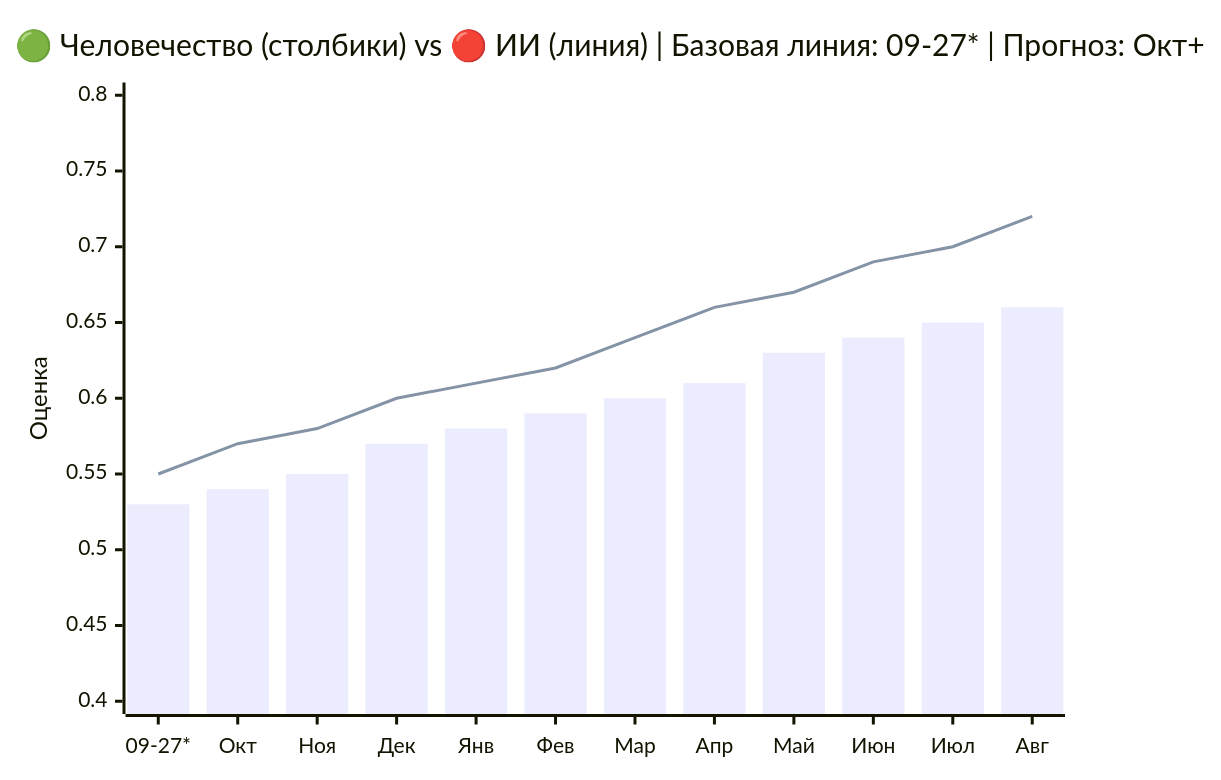
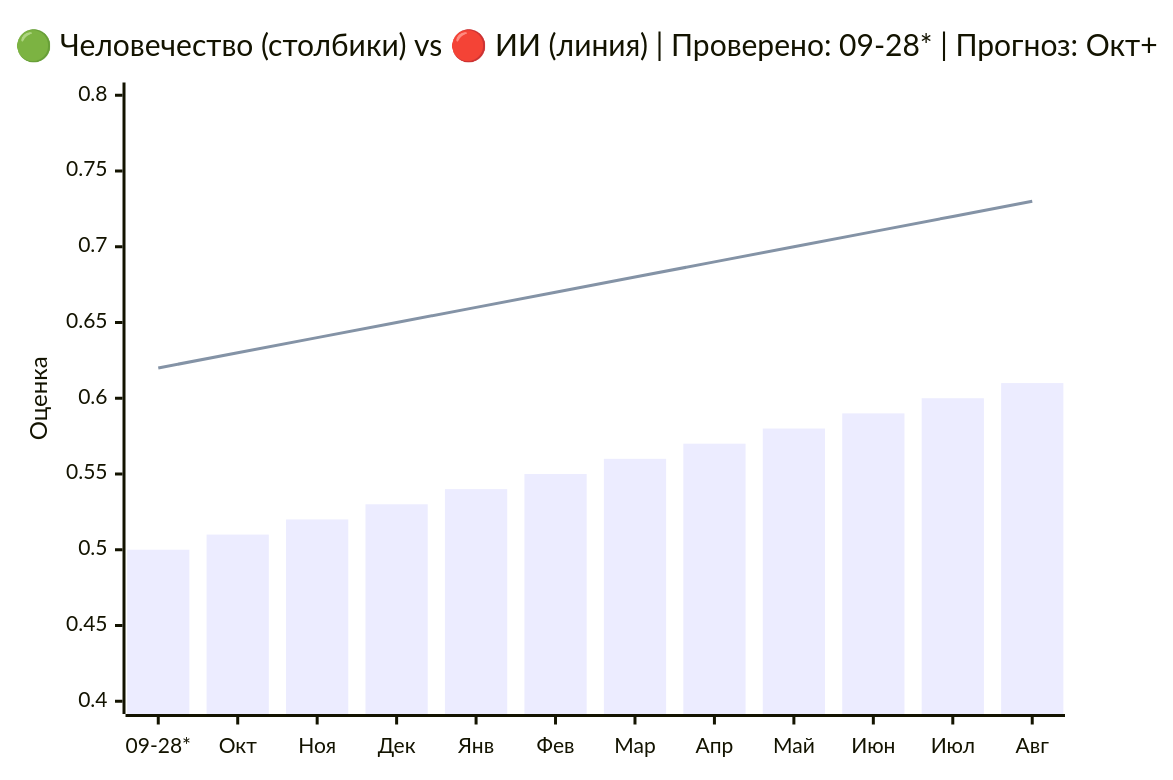
One commit to VQQLK/Human-AI-Monitor changed the first of 2 diagrams in README.ru.md. Above: the diagram before and after it, drawn with Mermaid. The commit also changed other lines of this file and 2 other files, not shown here.

````diff
--- a/README.ru.md
+++ b/README.ru.md
@@ -31,8 +32,8 @@
 ```mermaid
 xychart-beta
-    title "🟢 Человечество (столбики) vs 🔴 ИИ (линия) | Базовая линия: 09-27* | Прогноз: Окт+"
-    x-axis ["09-27*", "Окт", "Ноя", "Дек", "Янв", "Фев", "Мар", "Апр", "Май", "Июн", "Июл", "Авг"]
+    title "🟢 Человечество (столбики) vs 🔴 ИИ (линия) | Проверено: 09-28* | Прогноз: Окт+"
+    x-axis ["09-28*", "Окт", "Ноя", "Дек", "Янв", "Фев", "Мар", "Апр", "Май", "Июн", "Июл", "Авг"]
     y-axis "Оценка" 0.40 --> 0.80
-    bar [0.53, 0.54, 0.55, 0.57, 0.58, 0.59, 0.6, 0.61, 0.63, 0.64, 0.65, 0.66]
-    line [0.55, 0.57, 0.58, 0.6, 0.61, 0.62, 0.64, 0.66, 0.67, 0.69, 0.7, 0.72]
+    bar [0.50, 0.51, 0.52, 0.53, 0.54, 0.55, 0.56, 0.57, 0.58, 0.59, 0.60, 0.61]
+    line [0.62, 0.63, 0.64, 0.65, 0.66, 0.67, 0.68, 0.69, 0.70, 0.71, 0.72, 0.73]
 ```
````
